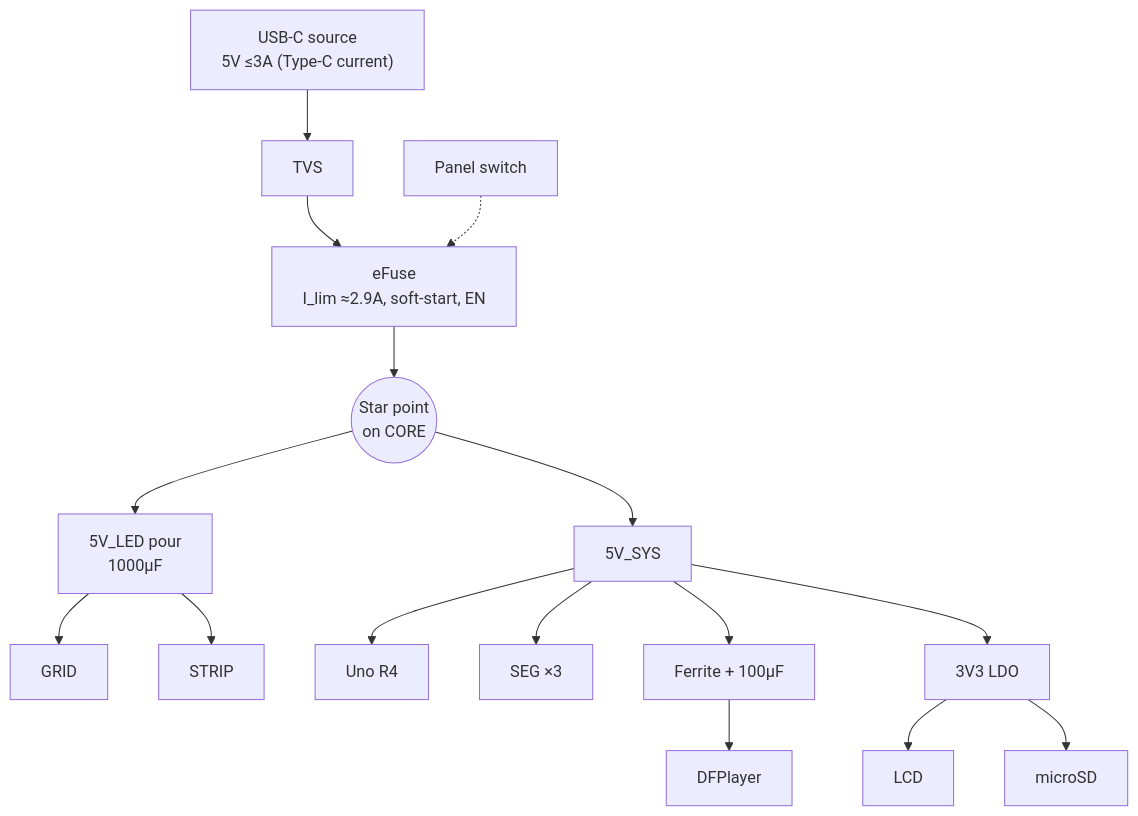
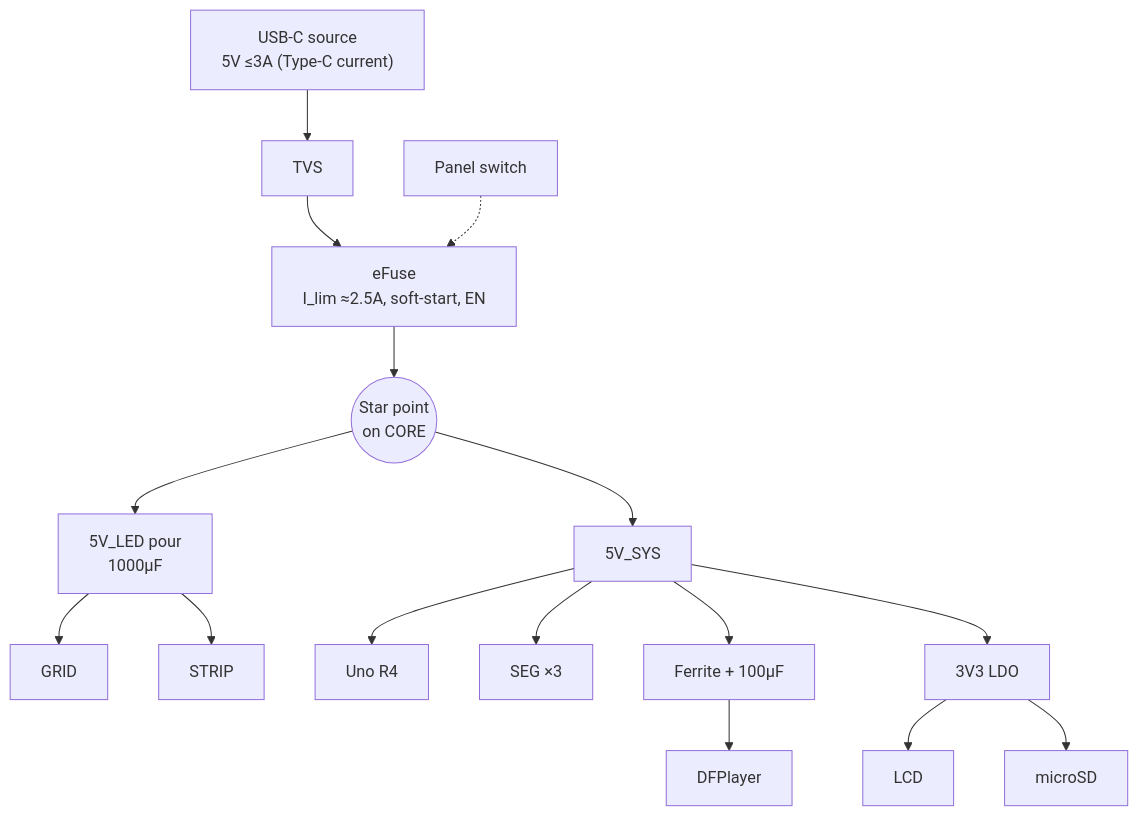
One commit to BennettDixon/farkle-scoreboard changed the second of 2 diagrams in design/pcb-design/MODULAR_PCB_PROPOSAL.md. Above: the diagram before and after it, drawn with Mermaid. The commit also changed other lines of this file and 2 other files, not shown here.

````diff
--- a/design/pcb-design/MODULAR_PCB_PROPOSAL.md
+++ b/design/pcb-design/MODULAR_PCB_PROPOSAL.md
@@ -152,10 +156,10 @@
 ```mermaid
 graph TD
-    USB["USB-C source<br/>5V ≤3A (Type-C current)"] --> TVS["TVS"] --> EF["eFuse<br/>I_lim ≈2.9A, soft-start, EN"]
+    USB["USB-C source<br/>5V ≤3A (Type-C current)"] --> TVS["TVS"] --> EF["eFuse<br/>I_lim ≈2.5A, soft-start, EN"]
     SW["Panel switch"] -.-> EF
     EF --> STAR(("Star point<br/>on CORE"))
     STAR --> LED["5V_LED pour<br/>1000µF"] --> G["GRID"] & S["STRIP"]
     STAR --> SYS["5V_SYS"] --> R4["Uno R4"] & SEGS["SEG ×3"]
     SYS --> FB["Ferrite + 100µF"] --> DF["DFPlayer"]
     SYS --> LDO["3V3 LDO"] --> L["LCD"] & SD["microSD"]
 ```
````
